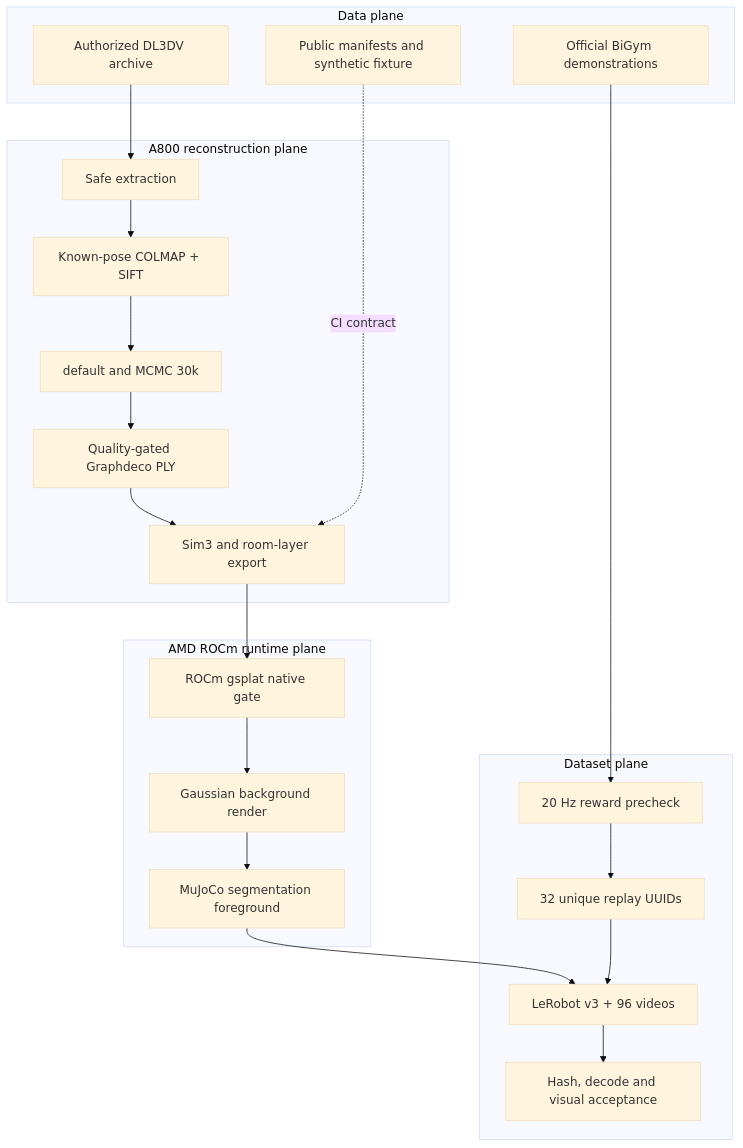
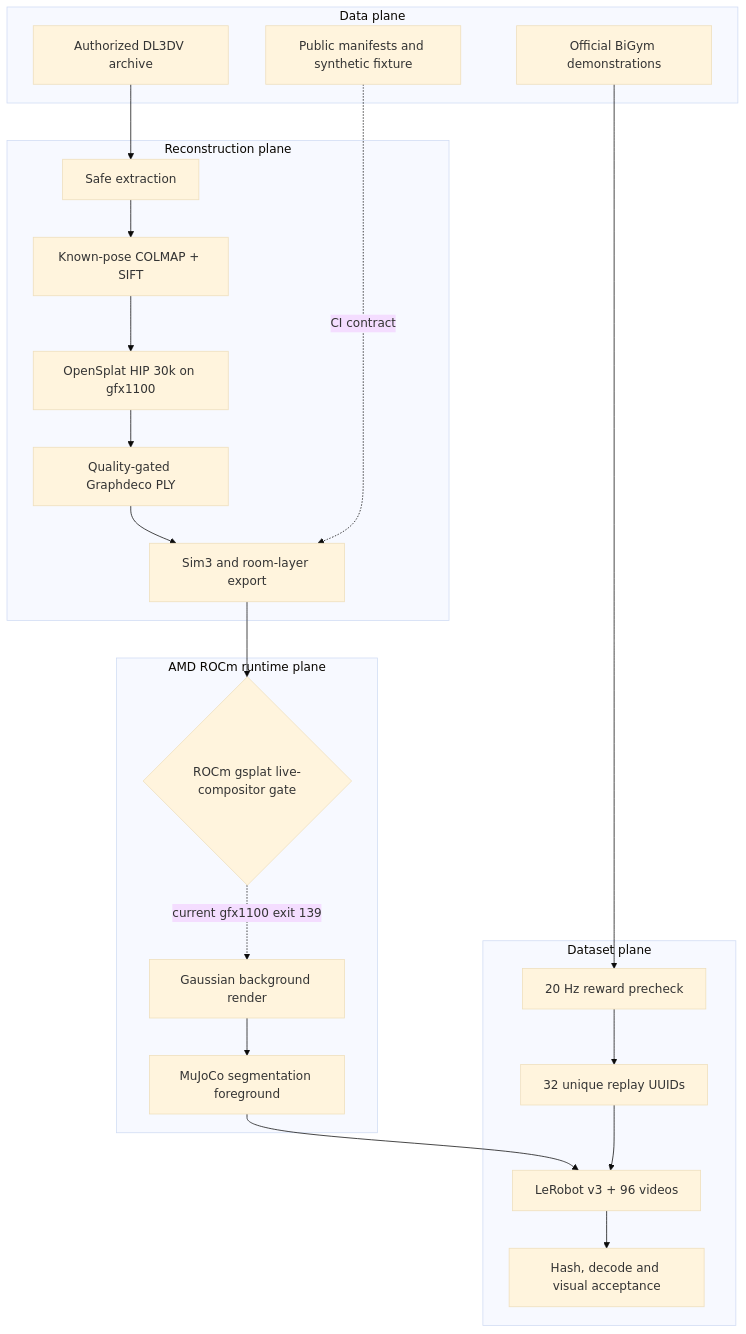
One commit to eust-w/amd-bigym-3dgs-rocm changed the diagram in docs/architecture/end-to-end.md. Above: the diagram before and after it, drawn with Mermaid (base theme). The commit also changed other lines of this file and 19 other files, not shown here.

Commit message:
document verified gfx1100 reconstruction gates

````diff
--- a/docs/architecture/end-to-end.md
+++ b/docs/architecture/end-to-end.md
@@ -3,36 +3,37 @@
 ```mermaid
 flowchart TB
   subgraph Data[Data plane]
     D1[Authorized DL3DV archive]
     D2[Official BiGym demonstrations]
     D3[Public manifests and synthetic fixture]
   end
 
-  subgraph Reconstruction[A800 reconstruction plane]
+  subgraph Reconstruction[Reconstruction plane]
     R1[Safe extraction]
     R2[Known-pose COLMAP + SIFT]
-    R3[default and MCMC 30k]
+    R3[OpenSplat HIP 30k on gfx1100]
     R4[Quality-gated Graphdeco PLY]
     R5[Sim3 and room-layer export]
   end
 
   subgraph Runtime[AMD ROCm runtime plane]
-    A1[ROCm gsplat native gate]
+    A1{ROCm gsplat live-compositor gate}
     A2[Gaussian background render]
     A3[MuJoCo segmentation foreground]
   end
 
   subgraph Collection[Dataset plane]
     C1[20 Hz reward precheck]
     C2[32 unique replay UUIDs]
     C3[LeRobot v3 + 96 videos]
     C4[Hash, decode and visual acceptance]
   end
 
   D1 --> R1 --> R2 --> R3 --> R4 --> R5
-  R5 --> A1 --> A2 --> A3
+  R5 --> A1
+  A1 -. current gfx1100 exit 139 .-> A2 --> A3
   D2 --> C1 --> C2
   A3 --> C3
   C2 --> C3 --> C4
   D3 -. CI contract .-> R5
 ```
````
